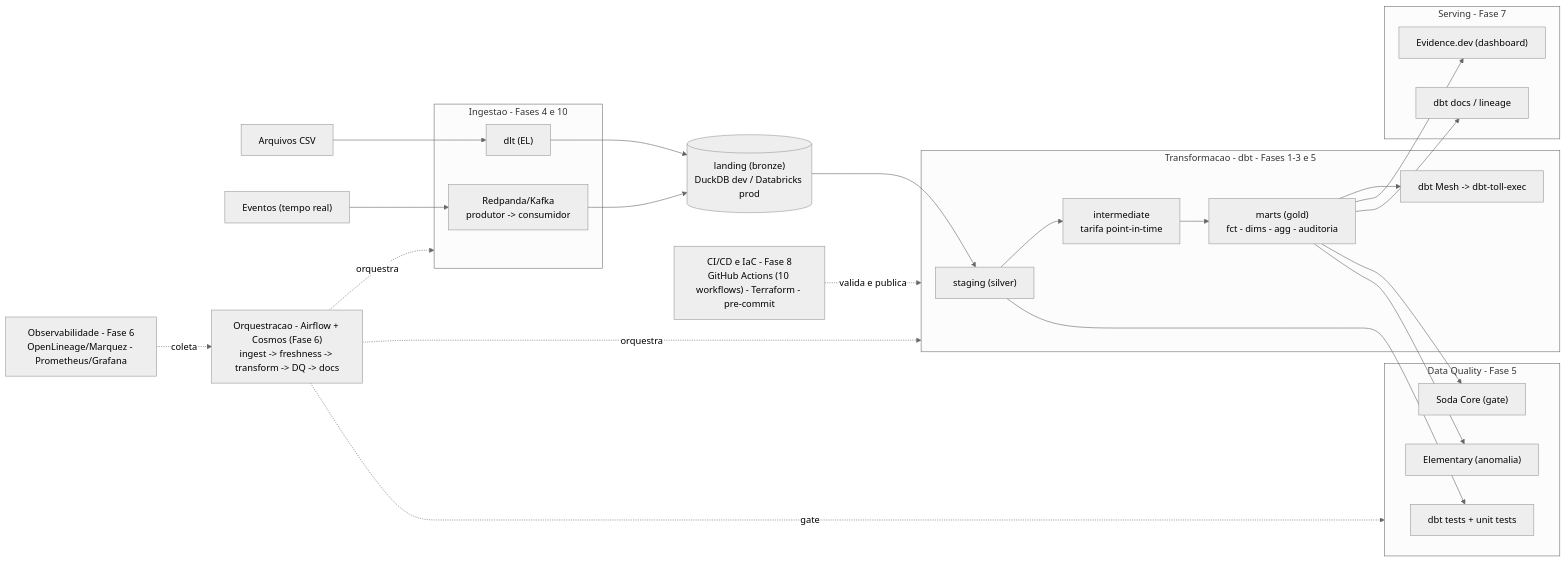
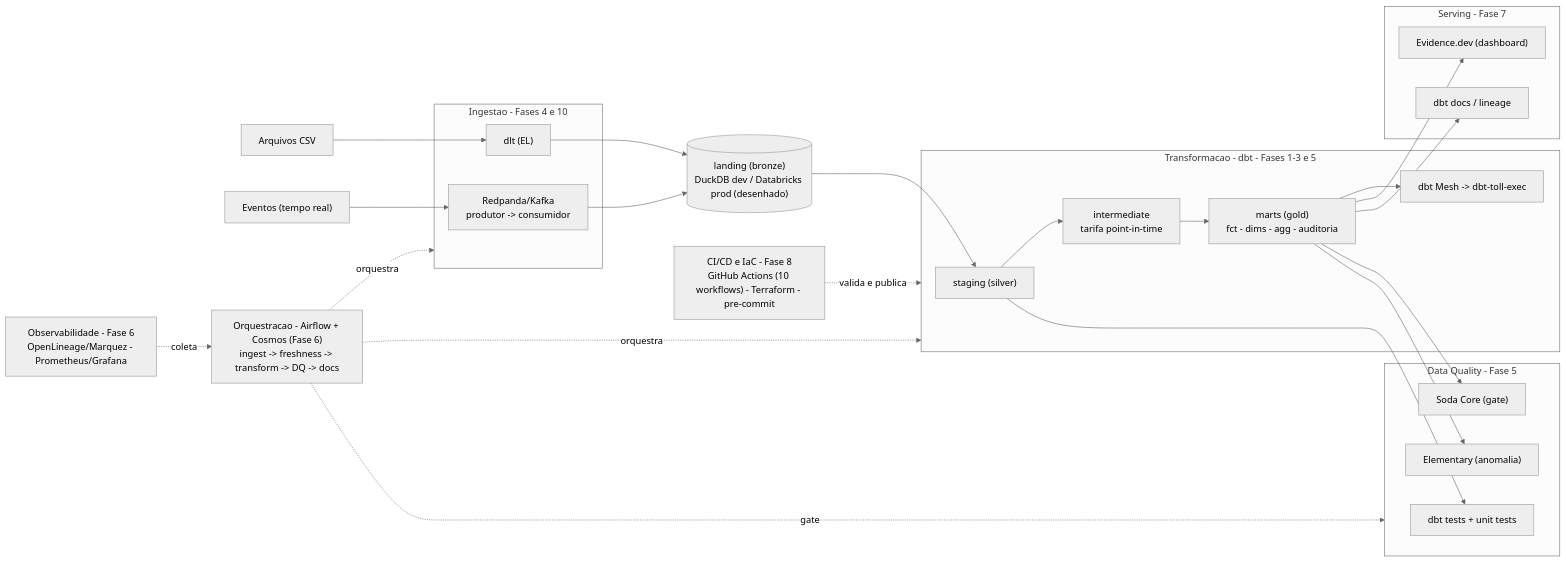
The diagram in README.md (alanjoffre/toll-analytics-platform), drawn with Mermaid (neutral theme) before and after one commit. The commit also changed other lines of this file and 3 other files, not shown here.

First line of the commit message:
docs: prod descrito como "desenhado para Databricks" no README e nas artes

````diff
--- a/README.md
+++ b/README.md
@@ -49,49 +49,49 @@
 ```mermaid
 flowchart LR
   CSV["Arquivos CSV"]
   EV["Eventos (tempo real)"]
 
   subgraph ING["Ingestao - Fases 4 e 10"]
     DLT["dlt (EL)"]
     KAFKA["Redpanda/Kafka<br/>produtor -&gt; consumidor"]
   end
 
-  LAND[("landing (bronze)<br/>DuckDB dev / Databricks prod")]
+  LAND[("landing (bronze)<br/>DuckDB dev / Databricks prod (desenhado)")]
 
   subgraph TRANSF["Transformacao - dbt - Fases 1-3 e 5"]
     STG["staging (silver)"]
     INT["intermediate<br/>tarifa point-in-time"]
     MARTS["marts (gold)<br/>fct - dims - agg - auditoria"]
     MESH["dbt Mesh -&gt; dbt-toll-exec"]
   end
 
   subgraph QA["Data Quality - Fase 5"]
     DTESTS["dbt tests + unit tests"]
     SODA["Soda Core (gate)"]
     ELEM["Elementary (anomalia)"]
   end
 
   subgraph OUT["Serving - Fase 7"]
     BI["Evidence.dev (dashboard)"]
     LIN["dbt docs / lineage"]
   end
 
   CSV --> DLT --> LAND
   EV --> KAFKA --> LAND
   LAND --> STG --> INT --> MARTS --> MESH
   MARTS --> BI
   MARTS --> LIN
   STG --> DTESTS
   MARTS --> SODA
   MARTS --> ELEM
 
   ORCH["Orquestracao - Airflow + Cosmos (Fase 6)<br/>ingest -&gt; freshness -&gt; transform -&gt; DQ -&gt; docs"]
   OBS["Observabilidade - Fase 6<br/>OpenLineage/Marquez - Prometheus/Grafana"]
   CICD["CI/CD e IaC - Fase 8<br/>GitHub Actions (10 workflows) - Terraform - pre-commit"]
 
   ORCH -.->|orquestra| ING
   ORCH -.->|orquestra| TRANSF
   ORCH -.->|gate| QA
   OBS -.->|coleta| ORCH
   CICD -.->|valida e publica| TRANSF
 ```
````
